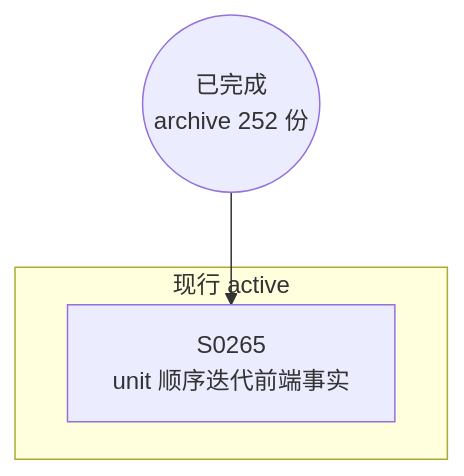
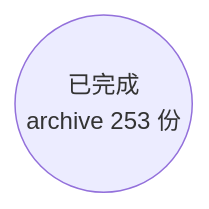
One commit to Halckon/Koven changed the diagram in docs/specs/dependency-graph.md. Above: the diagram before and after it, drawn with Mermaid. The commit also changed other lines of this file and 10 other files, not shown here.

````diff
--- a/docs/specs/dependency-graph.md
+++ b/docs/specs/dependency-graph.md
@@ -9,8 +9,4 @@
 ```mermaid
 flowchart TD
-ARCH(("已完成<br/>archive 252 份"))
-subgraph Gactive["现行 active"]
-  S0265["S0265<br/>unit 顺序迭代前端事实"]
-end
-ARCH --> S0265
+ARCH(("已完成<br/>archive 253 份"))
 ```
````
